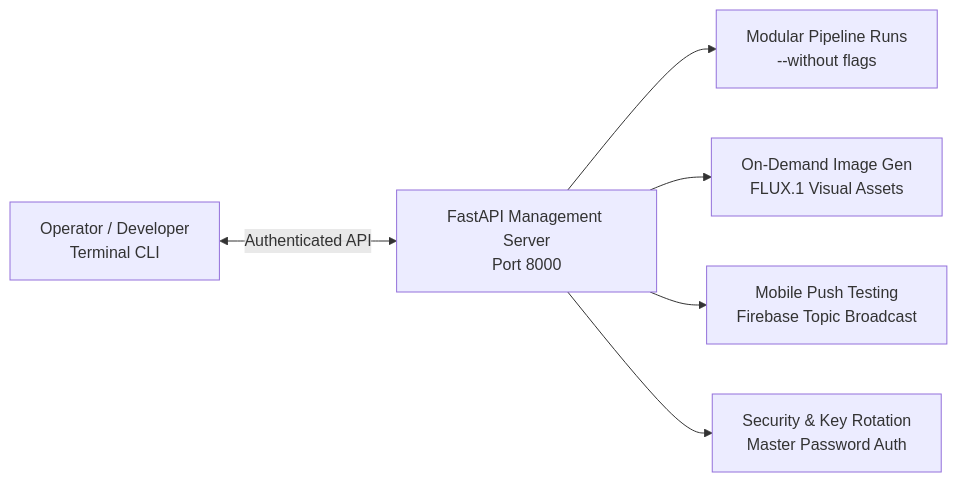
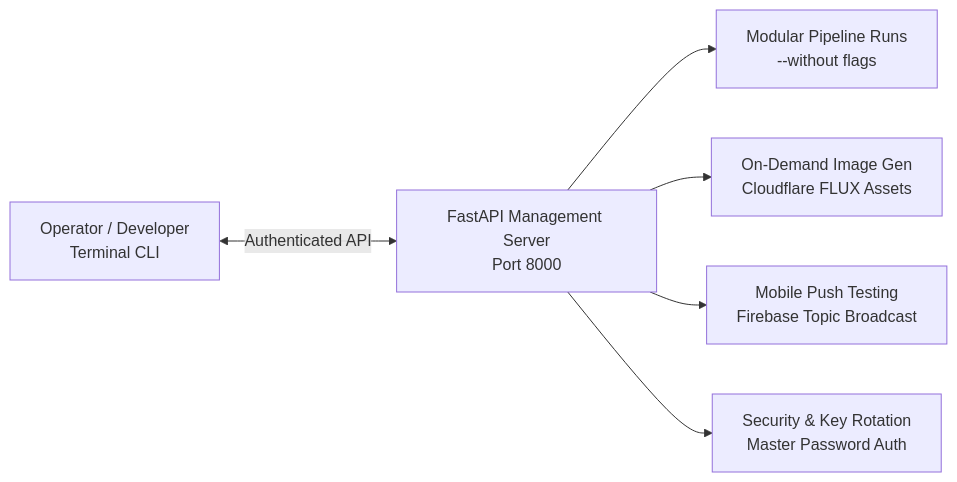
Before and after one commit to AnamolZ/lucid-trend: the third of 3 diagrams in README.md, drawn with Mermaid. The commit also changed other lines of this file and 2 other files, not shown here.

Commit message:
docs: update system overview, mechanism, and use guide with Turso DB and Cloudflare AI pool

````diff
--- a/README.md
+++ b/README.md
@@ -32,8 +31,8 @@
 ```mermaid
 flowchart LR
     A["Operator / Developer<br/>Terminal CLI"] <-->|Authenticated API| B["FastAPI Management Server<br/>Port 8000"]
     B --> C["Modular Pipeline Runs<br/>--without flags"]
-    B --> D["On-Demand Image Gen<br/>FLUX.1 Visual Assets"]
+    B --> D["On-Demand Image Gen<br/>Cloudflare FLUX Assets"]
     B --> E["Mobile Push Testing<br/>Firebase Topic Broadcast"]
     B --> F["Security & Key Rotation<br/>Master Password Auth"]
 ```
````
